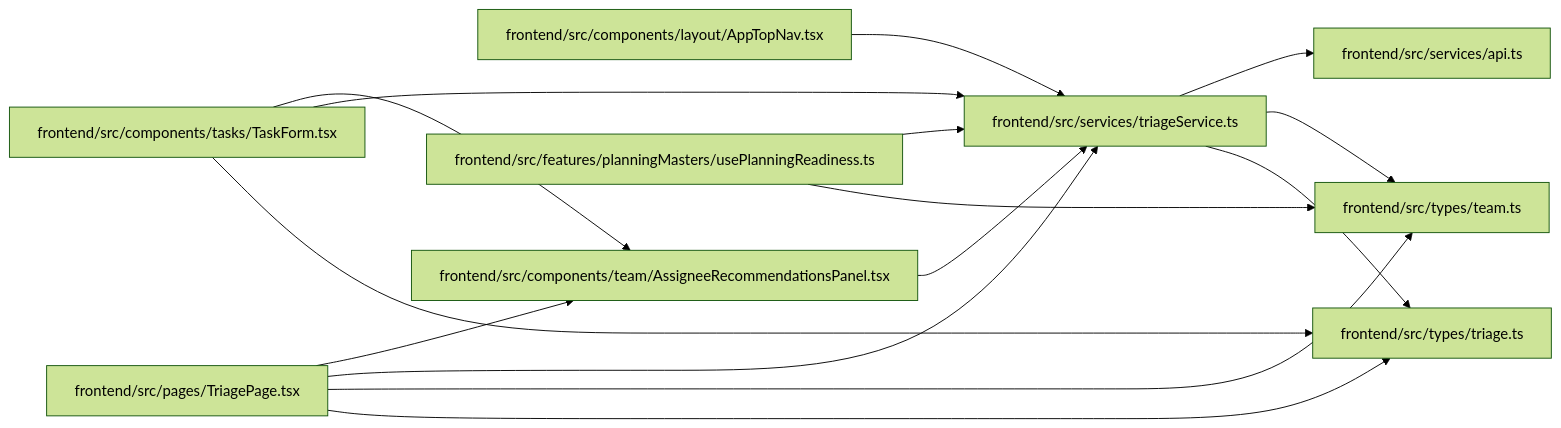
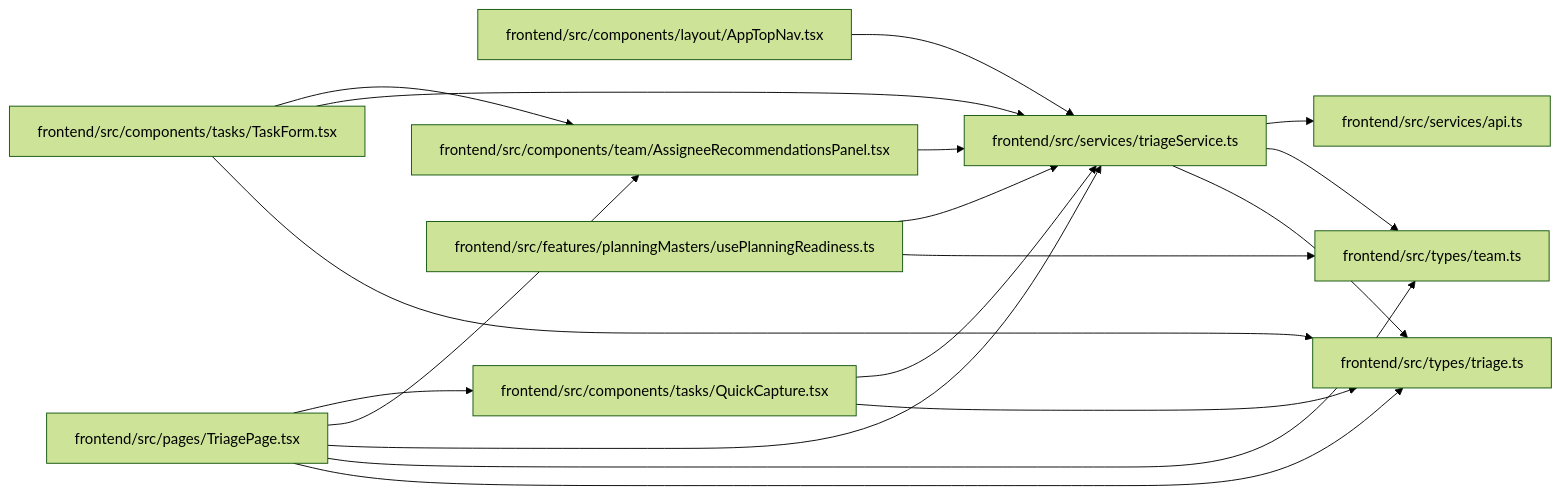
One commit to Denissvgn/WorkChord changed the diagram in docs/llm_wiki/modules/triageService.md. Above: the diagram before and after it, drawn with Mermaid (forest theme). The commit also changed other lines of this file and 386 other files, not shown here.

Commit message:
docs(wiki): refresh for quick capture

````diff
--- a/docs/llm_wiki/modules/triageService.md
+++ b/docs/llm_wiki/modules/triageService.md
@@ -29,35 +29,40 @@
 ```mermaid
 flowchart LR
     n0["frontend/src/components/layout/AppTopNav.tsx"]
-    n1["frontend/src/components/tasks/TaskForm.tsx"]
-    n2["frontend/src/components/team/AssigneeRecommendationsPanel.tsx"]
-    n3["frontend/src/features/planningMasters/usePlanningReadiness.ts"]
-    n4["frontend/src/pages/TriagePage.tsx"]
-    n5["frontend/src/services/api.ts"]
-    n6["frontend/src/services/triageService.ts"]
-    n7["frontend/src/types/team.ts"]
-    n8["frontend/src/types/triage.ts"]
-    n0 --> n6
-    n1 --> n2
-    n1 --> n6
-    n1 --> n8
-    n2 --> n6
-    n3 --> n6
+    n1["frontend/src/components/tasks/QuickCapture.tsx"]
+    n2["frontend/src/components/tasks/TaskForm.tsx"]
+    n3["frontend/src/components/team/AssigneeRecommendationsPanel.tsx"]
+    n4["frontend/src/features/planningMasters/usePlanningReadiness.ts"]
+    n5["frontend/src/pages/TriagePage.tsx"]
+    n6["frontend/src/services/api.ts"]
+    n7["frontend/src/services/triageService.ts"]
+    n8["frontend/src/types/team.ts"]
+    n9["frontend/src/types/triage.ts"]
+    n0 --> n7
+    n1 --> n7
+    n1 --> n9
+    n2 --> n3
+    n2 --> n7
+    n2 --> n9
     n3 --> n7
-    n4 --> n2
-    n4 --> n6
     n4 --> n7
     n4 --> n8
-    n6 --> n5
-    n6 --> n7
-    n6 --> n8
+    n5 --> n1
+    n5 --> n3
+    n5 --> n7
+    n5 --> n8
+    n5 --> n9
+    n7 --> n6
+    n7 --> n8
+    n7 --> n9
     click n0 "../modules/AppTopNav.md"
-    click n1 "../modules/TaskForm.md"
-    click n2 "../modules/AssigneeRecommendationsPanel.md"
-    click n3 "../modules/usePlanningReadiness.md"
-    click n4 "../modules/TriagePage.md"
-    click n5 "../modules/api.md"
-    click n6 "../modules/triageService.md"
-    click n7 "../modules/types_team.md"
-    click n8 "../modules/types_triage.md"
+    click n1 "../modules/QuickCapture.md"
+    click n2 "../modules/TaskForm.md"
+    click n3 "../modules/AssigneeRecommendationsPanel.md"
+    click n4 "../modules/usePlanningReadiness.md"
+    click n5 "../modules/TriagePage.md"
+    click n6 "../modules/api.md"
+    click n7 "../modules/triageService.md"
+    click n8 "../modules/types_team.md"
+    click n9 "../modules/types_triage.md"
 ```
````
